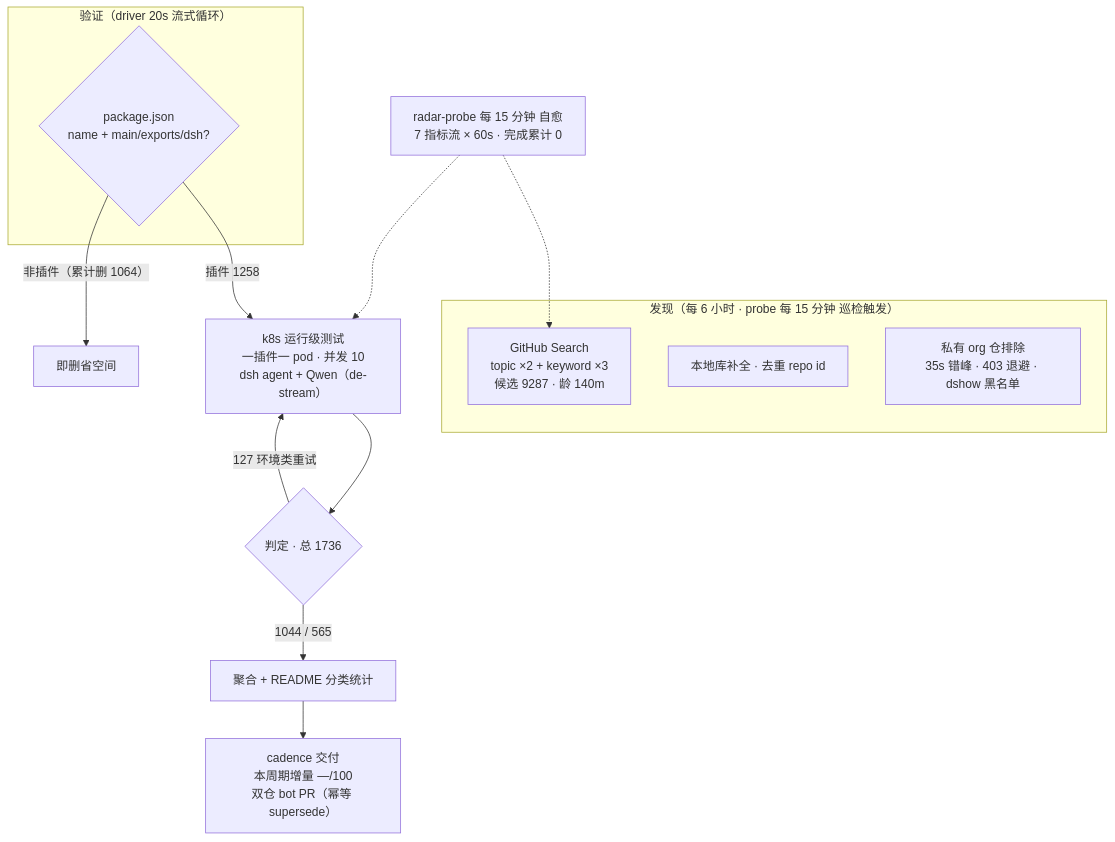
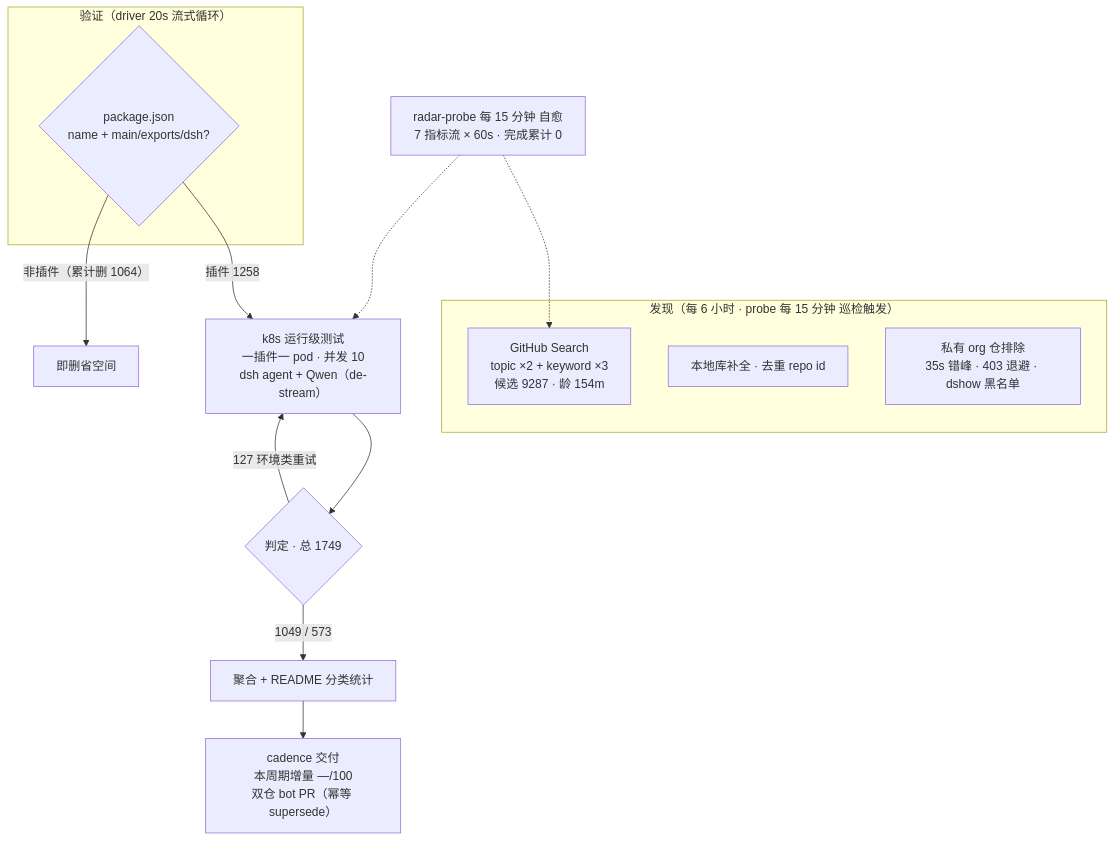
The diagram in README.md (Zhidao-Lab-OSS/awesome-dsh-plugins), drawn with Mermaid before and after one commit. The commit also changed other lines of this file and 1 other file, not shown here.

````diff
--- a/README.md
+++ b/README.md
@@ -37,19 +37,19 @@
 ```mermaid
 flowchart TB
     subgraph Discovery[" 发现（每 6 小时 · probe 每 15 分钟 巡检触发）"]
-        A1["GitHub Search<br/>topic ×2 + keyword ×3<br/>候选 9287 · 龄 140m"]
+        A1["GitHub Search<br/>topic ×2 + keyword ×3<br/>候选 9287 · 龄 154m"]
         A2["本地库补全 · 去重 repo id"]
         A3[" 私有 org 仓排除<br/>35s 错峰 · 403 退避 · dshow 黑名单"]
     end
     subgraph Validation[" 验证（driver 20s 流式循环）"]
         B1{"package.json<br/>name + main/exports/dsh?"}
     end
     B1 -->|"插件 1258"| C1["k8s 运行级测试<br/>一插件一 pod · 并发 10<br/>dsh agent + Qwen（de-stream）"]
     B1 -->|"非插件（累计删 1064）"| B3[" 即删省空间"]
-    C1 --> D1{"判定 · 总 1736"}
-    D1 -->|" 1044 /  565"| E1["聚合 + README 分类统计"]
+    C1 --> D1{"判定 · 总 1749"}
+    D1 -->|" 1049 /  573"| E1["聚合 + README 分类统计"]
     D1 -->|" 127 环境类重试"| C1
     E1 --> E2["cadence 交付<br/>本周期增量 —/100<br/>双仓 bot PR（幂等 supersede）"]
     M[" radar-probe 每 15 分钟 自愈<br/>7 指标流 × 60s · 完成累计 0"] -.-> A1
     M -.-> C1
 ```
````
